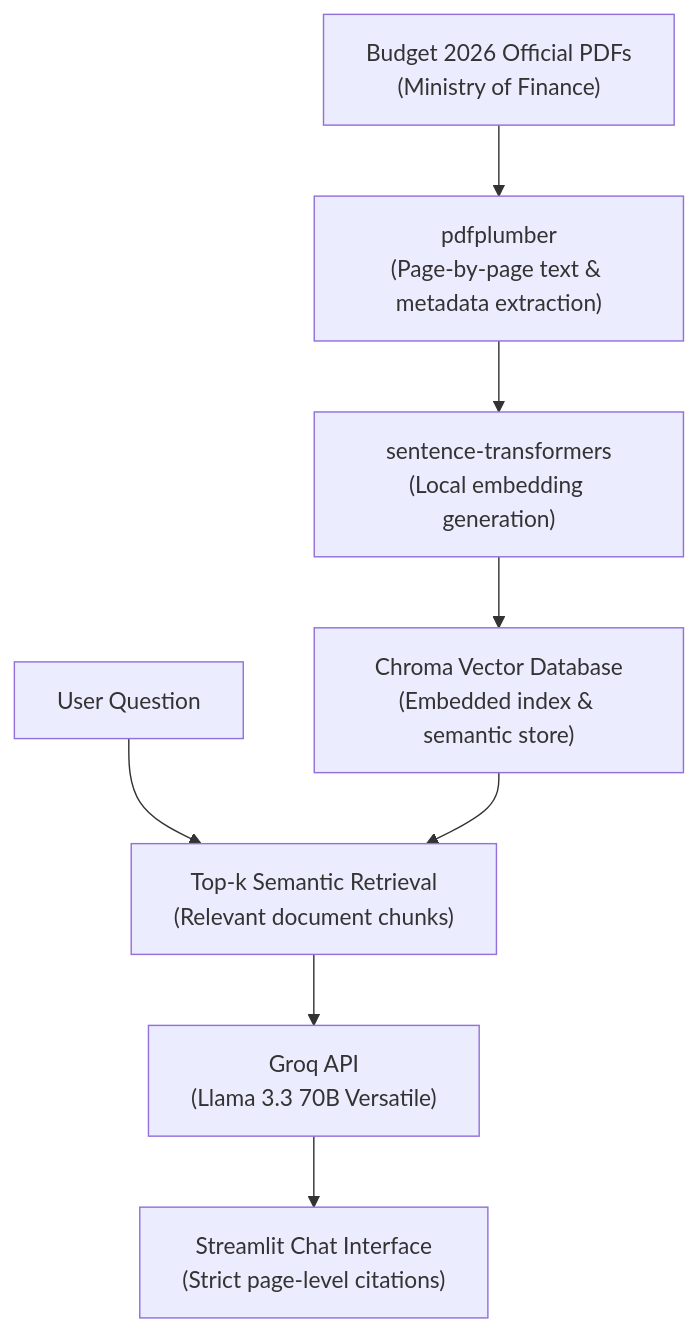
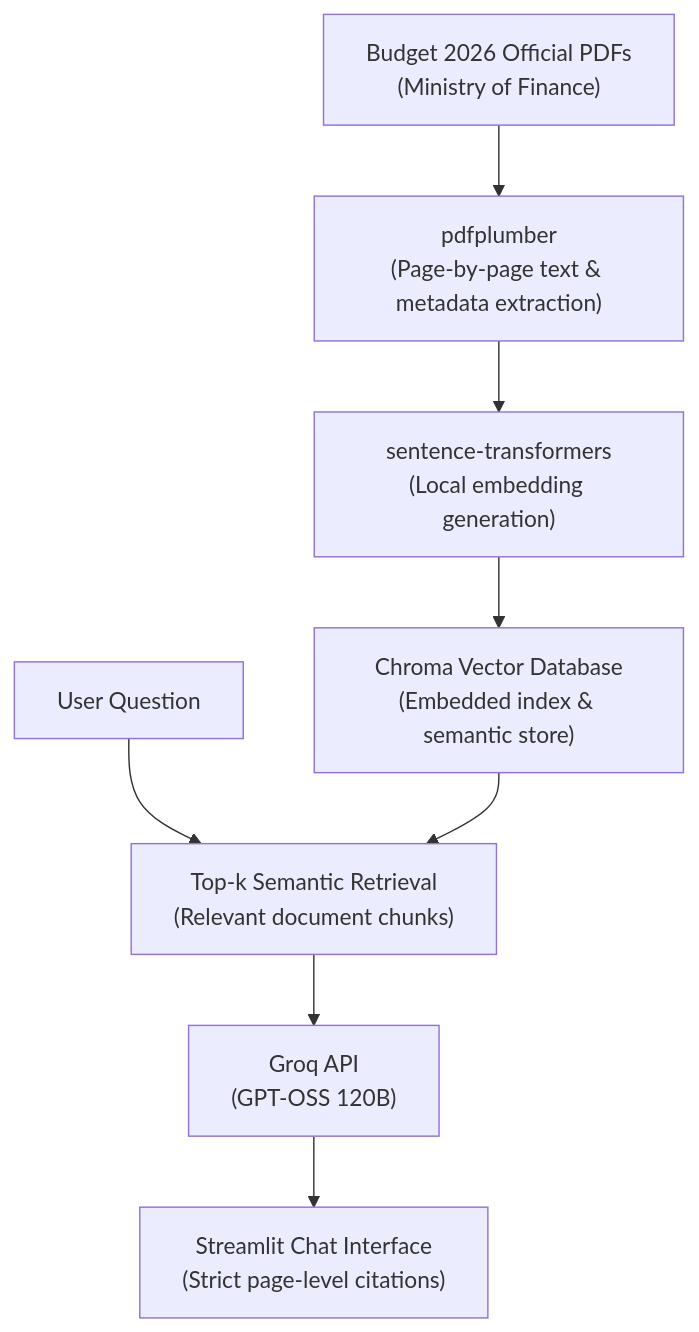
Before and after one commit to Downey112/belanjawan-bot: the diagram in README.md, drawn with Mermaid. The commit also changed other lines of this file and 1 other file, not shown here.

First line of the commit message:
fix: switch to openai/gpt-oss-120b after Groq retired llama-3.3-70b-versatile

````diff
--- a/README.md
+++ b/README.md
@@ -18,10 +18,10 @@
 ```mermaid
 flowchart TD
     A["Budget 2026 Official PDFs<br/>(Ministry of Finance)"] --> B["pdfplumber<br/>(Page-by-page text & metadata extraction)"]
     B --> C["sentence-transformers<br/>(Local embedding generation)"]
     C --> D["Chroma Vector Database<br/>(Embedded index & semantic store)"]
     E["User Question"] --> F["Top-k Semantic Retrieval<br/>(Relevant document chunks)"]
     D --> F
-    F --> G["Groq API<br/>(Llama 3.3 70B Versatile)"]
+    F --> G["Groq API<br/>(GPT-OSS 120B)"]
     G --> H["Streamlit Chat Interface<br/>(Strict page-level citations)"]
 ```
````
